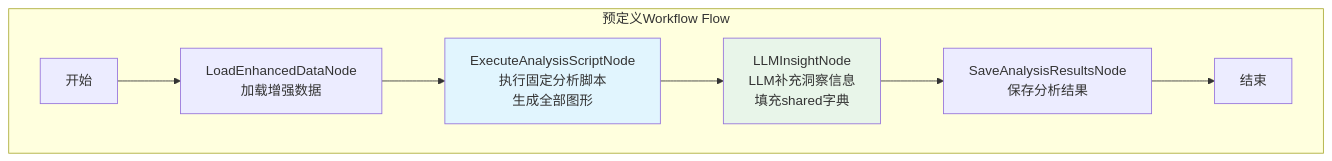
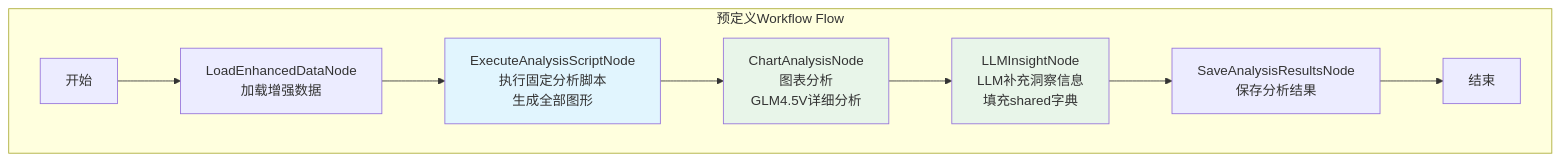
The fifth of 8 diagrams in doc/design.md (Hyacehila/AnalysisPosts), drawn with Mermaid before and after one commit. The commit also changed other lines of this file and 14 other files, not shown here.

````diff
--- a/doc/design.md
+++ b/doc/design.md
@@ -434,15 +471,17 @@
 ```mermaid
 flowchart TD
     subgraph WorkflowAnalysisFlow[预定义Workflow Flow]
         wf_start[开始] --> wf_load[LoadEnhancedDataNode<br/>加载增强数据]
         wf_load --> wf_script[ExecuteAnalysisScriptNode<br/>执行固定分析脚本<br/>生成全部图形]
         
-        wf_script --> wf_llm[LLMInsightNode<br/>LLM补充洞察信息<br/>填充shared字典]
-        
+        wf_script --> wf_chart[ChartAnalysisNode<br/>图表分析<br/>GLM4.5V详细分析]
+        wf_chart --> wf_llm[LLMInsightNode<br/>LLM补充洞察信息<br/>填充shared字典]
+
         wf_llm --> wf_save[SaveAnalysisResultsNode<br/>保存分析结果]
         wf_save --> wf_end[结束]
     end
-    
+
     style wf_script fill:#e1f5fe
+    style wf_chart fill:#e8f5e9
     style wf_llm fill:#e8f5e9
 ```
````
